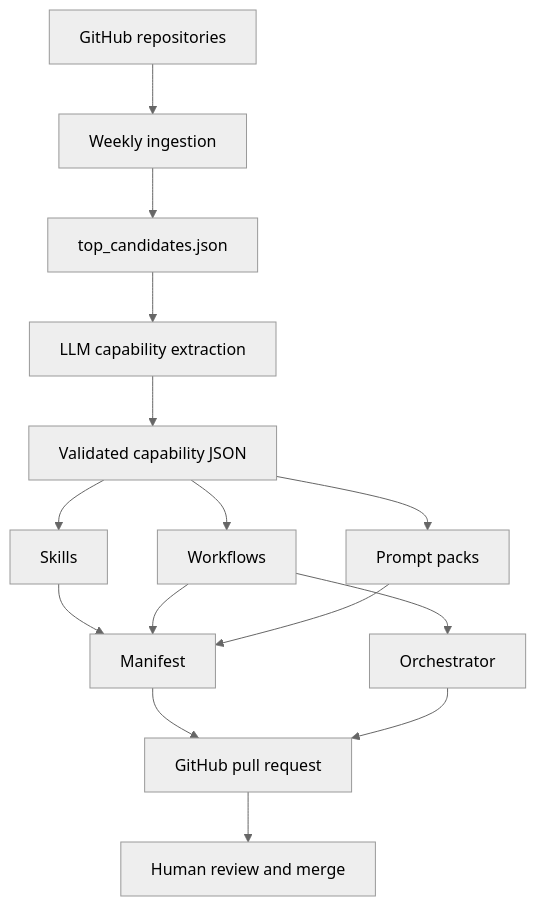
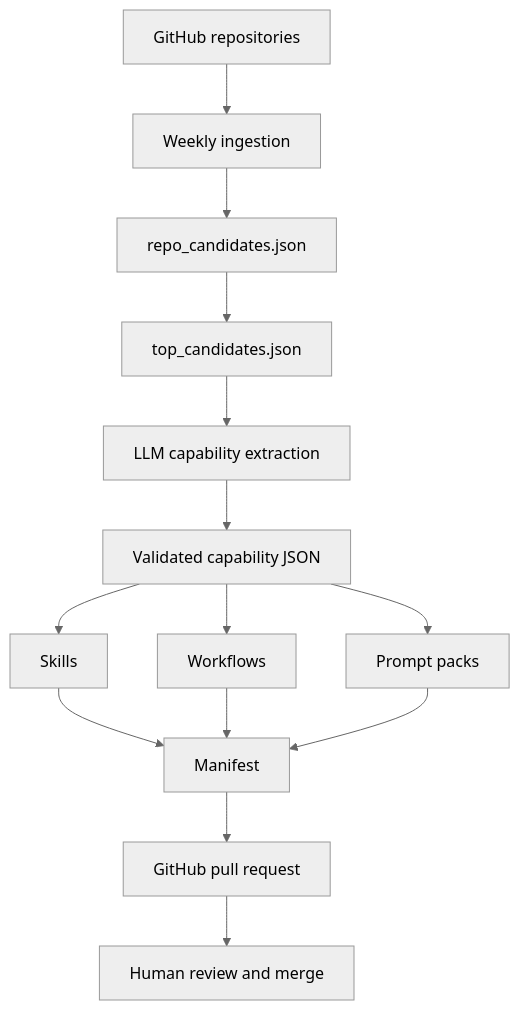
One commit to Kpradof/openclaw-marketing-lab changed the diagram in README.md. Above: the diagram before and after it, drawn with Mermaid (neutral theme). The commit also changed other lines of this file and 21 other files, not shown here.

````diff
--- a/README.md
+++ b/README.md
@@ -61,22 +112,19 @@
 ```mermaid
 flowchart TD
     A[GitHub repositories] --> B[Weekly ingestion]
-    B --> C[top_candidates.json]
-    C --> D[LLM capability extraction]
-    D --> E[Validated capability JSON]
+    B --> C[repo_candidates.json]
+    C --> D[top_candidates.json]
+    D --> E[LLM capability extraction]
+    E --> F[Validated capability JSON]
 
-    E --> F[Skills]
-    E --> G[Workflows]
-    E --> H[Prompt packs]
+    F --> G[Skills]
+    F --> H[Workflows]
+    F --> I[Prompt packs]
 
-    F --> I[Manifest]
-    G --> I
-    H --> I
+    G --> J[Manifest]
+    H --> J
+    I --> J
 
-    G --> J[Orchestrator]
-
-    I --> K[GitHub pull request]
-    J --> K
-
+    J --> K[GitHub pull request]
     K --> L[Human review and merge]
-``` 
+```
````
